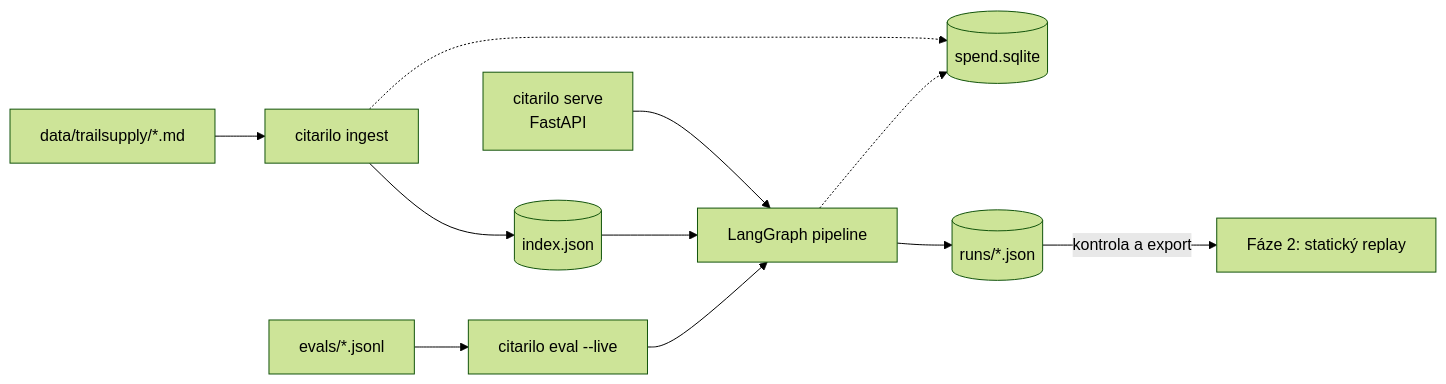
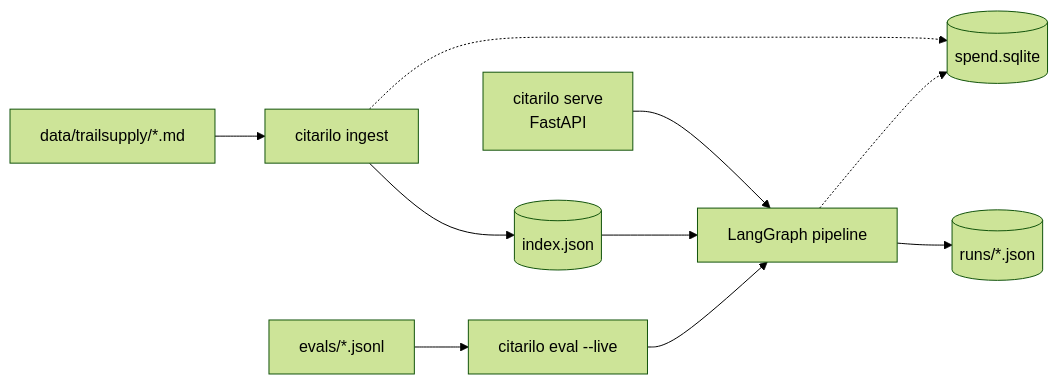
Before and after one commit to podstawkamartin/Citarilo: the second of 2 diagrams in docs/architecture.md, drawn with Mermaid (forest theme). The commit also changed other lines of this file and 7 other files, not shown here.

````diff
--- a/docs/architecture.md
+++ b/docs/architecture.md
@@ -41,11 +40,10 @@
 ```mermaid
 flowchart LR
     D["data/trailsupply/*.md"] --> ING["citarilo ingest"] --> I[("index.json")]
     API["citarilo serve<br/>FastAPI"] --> P["LangGraph pipeline"]
     CASES["evals/*.jsonl"] --> EV["citarilo eval --live"] --> P
     I --> P
     P --> RUNS[("runs/*.json")]
     ING -.-> L[("spend.sqlite")]
     P -.-> L
-    RUNS -->|kontrola a export| RP["Fáze 2: statický replay"]
 ```
````
